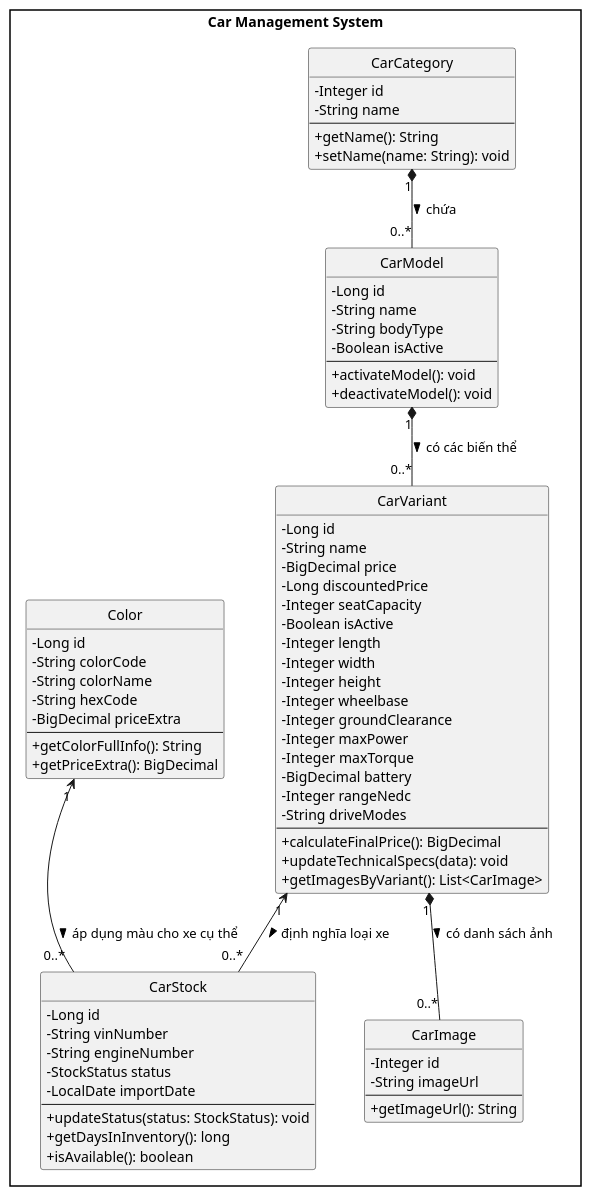
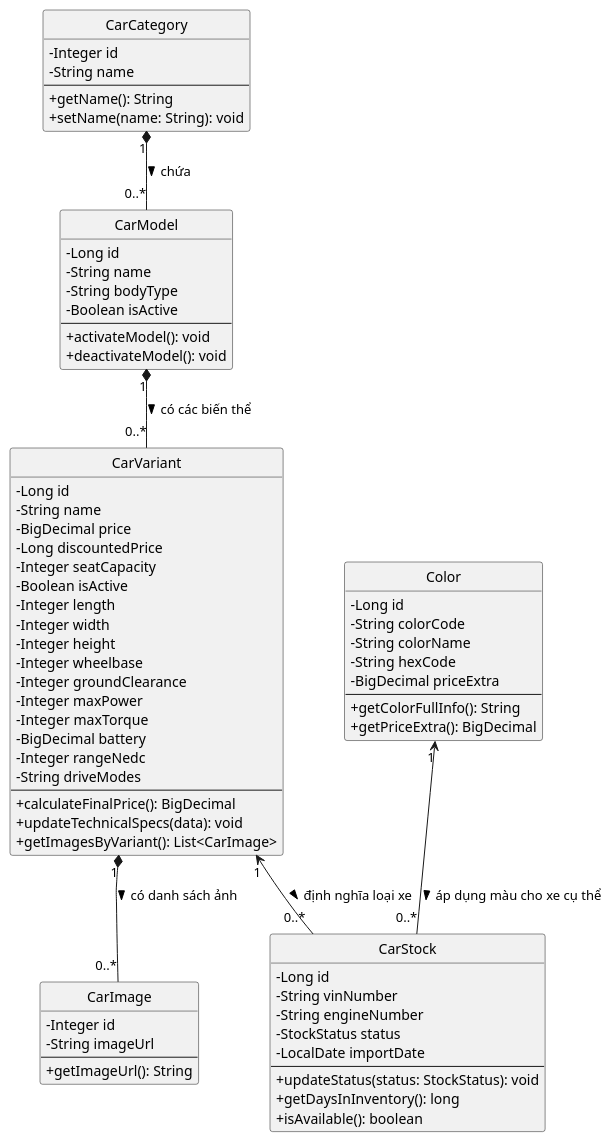
Before and after one commit to lexuankien2k4/DATN_KTPM: the diagram in servicePY/UC/OTOclass.puml, drawn with PlantUML. The commit also changed 29 other files, not shown here.

```diff
--- a/servicePY/UC/OTOclass.puml
+++ b/servicePY/UC/OTOclass.puml
@@ -1,90 +1,90 @@
 @startuml
 skinparam classAttributeIconSize 0
 skinparam style strictuml
 skinparam packageStyle rectangle
 
 
-package "Car Management System" {
+
 
     class CarCategory {
         - Integer id
         - String name
         --
         + getName(): String
         + setName(name: String): void
     }
 
     class CarModel {
         - Long id
         - String name
         - String bodyType
         - Boolean isActive
         --
         + activateModel(): void
         + deactivateModel(): void
     }
 
     class CarVariant {
         - Long id
         - String name
         - BigDecimal price
         - Long discountedPrice
         - Integer seatCapacity
         - Boolean isActive
         ' Kích thước
         - Integer length
         - Integer width
         - Integer height
         - Integer wheelbase
         - Integer groundClearance
         ' Hiệu suất & Pin
         - Integer maxPower
         - Integer maxTorque
         - BigDecimal battery
         - Integer rangeNedc
         - String driveModes
         --
         + calculateFinalPrice(): BigDecimal
         + updateTechnicalSpecs(data): void
         + getImagesByVariant(): List<CarImage>
     }
 
     class CarImage {
         - Integer id
         - String imageUrl
         --
         + getImageUrl(): String
     }
 
     class CarStock {
         - Long id
         - String vinNumber
         - String engineNumber
         - StockStatus status
         - LocalDate importDate
         --
         + updateStatus(status: StockStatus): void
         + getDaysInInventory(): long
         + isAvailable(): boolean
     }
 
     class Color {
         - Long id
         - String colorCode
         - String colorName
         - String hexCode
         - BigDecimal priceExtra
         --
         + getColorFullInfo(): String
         + getPriceExtra(): BigDecimal
     }
-}
+
 
 ' Relationships
 CarCategory "1" *-- "0..*" CarModel : chứa >
 CarModel "1" *-- "0..*" CarVariant : có các biến thể >
 CarVariant "1" *-- "0..*" CarImage : có danh sách ảnh >
 CarVariant "1" <-- "0..*" CarStock : định nghĩa loại xe >
 Color "1" <-- "0..*" CarStock : áp dụng màu cho xe cụ thể >
 
 @enduml
```
